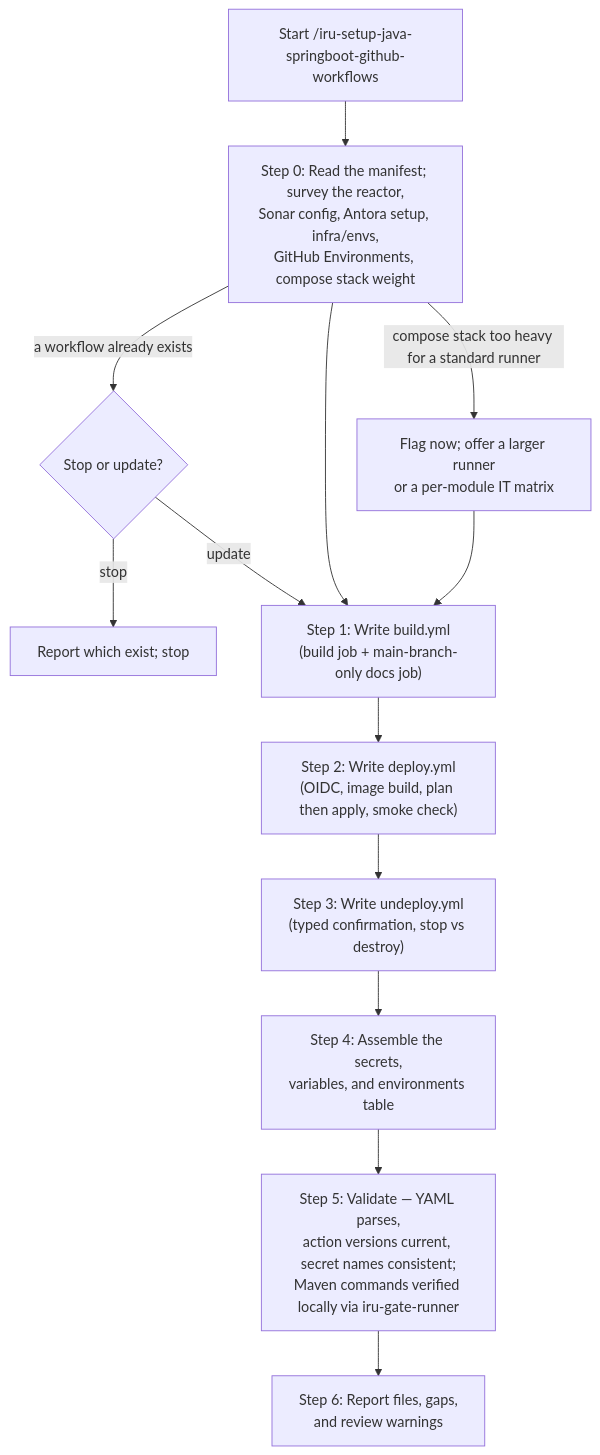
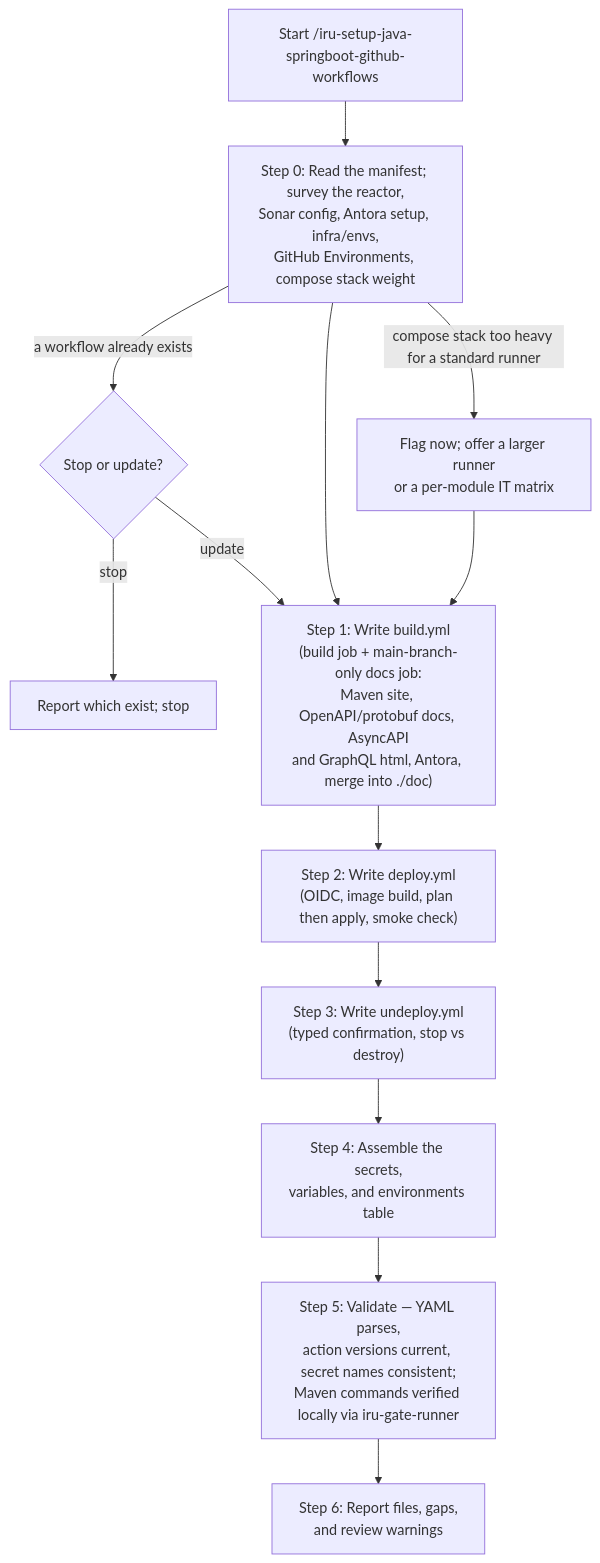
One commit to albertoirurueta/ai-catalog changed the diagram in docs/modules/ROOT/pages/skills/iru-setup-java-springboot-github-workflows.adoc. Above: the diagram before and after it, drawn with Mermaid. The commit also changed other lines of this file and 14 other files, not shown here.

Commit message:
Skills to add support for AsyncAPI and graphQL into springboot developement

```diff
--- a/docs/modules/ROOT/pages/skills/iru-setup-java-springboot-github-workflows.adoc
+++ b/docs/modules/ROOT/pages/skills/iru-setup-java-springboot-github-workflows.adoc
@@ -107,16 +125,16 @@
 [mermaid]
 ....
 flowchart TD
     A["Start /iru-setup-java-springboot-github-workflows"] --> B["Step 0: Read the manifest; survey the reactor,\nSonar config, Antora setup, infra/envs,\nGitHub Environments, compose stack weight"]
     B -- compose stack too heavy for a standard runner --> C["Flag now; offer a larger runner\nor a per-module IT matrix"]
     B -- a workflow already exists --> D{"Stop or update?"}
     D -- stop --> STOP[Report which exist; stop]
     D -- update --> E
-    B --> E["Step 1: Write build.yml\n(build job + main-branch-only docs job)"]
+    B --> E["Step 1: Write build.yml\n(build job + main-branch-only docs job:\nMaven site, OpenAPI/protobuf docs, AsyncAPI\nand GraphQL html, Antora, merge into ./doc)"]
     C --> E
     E --> F["Step 2: Write deploy.yml\n(OIDC, image build, plan then apply, smoke check)"]
     F --> G["Step 3: Write undeploy.yml\n(typed confirmation, stop vs destroy)"]
     G --> H["Step 4: Assemble the secrets,\nvariables, and environments table"]
     H --> I["Step 5: Validate — YAML parses,\naction versions current, secret names consistent;\nMaven commands verified locally via iru-gate-runner"]
     I --> J["Step 6: Report files, gaps,\nand review warnings"]
 ....
```
